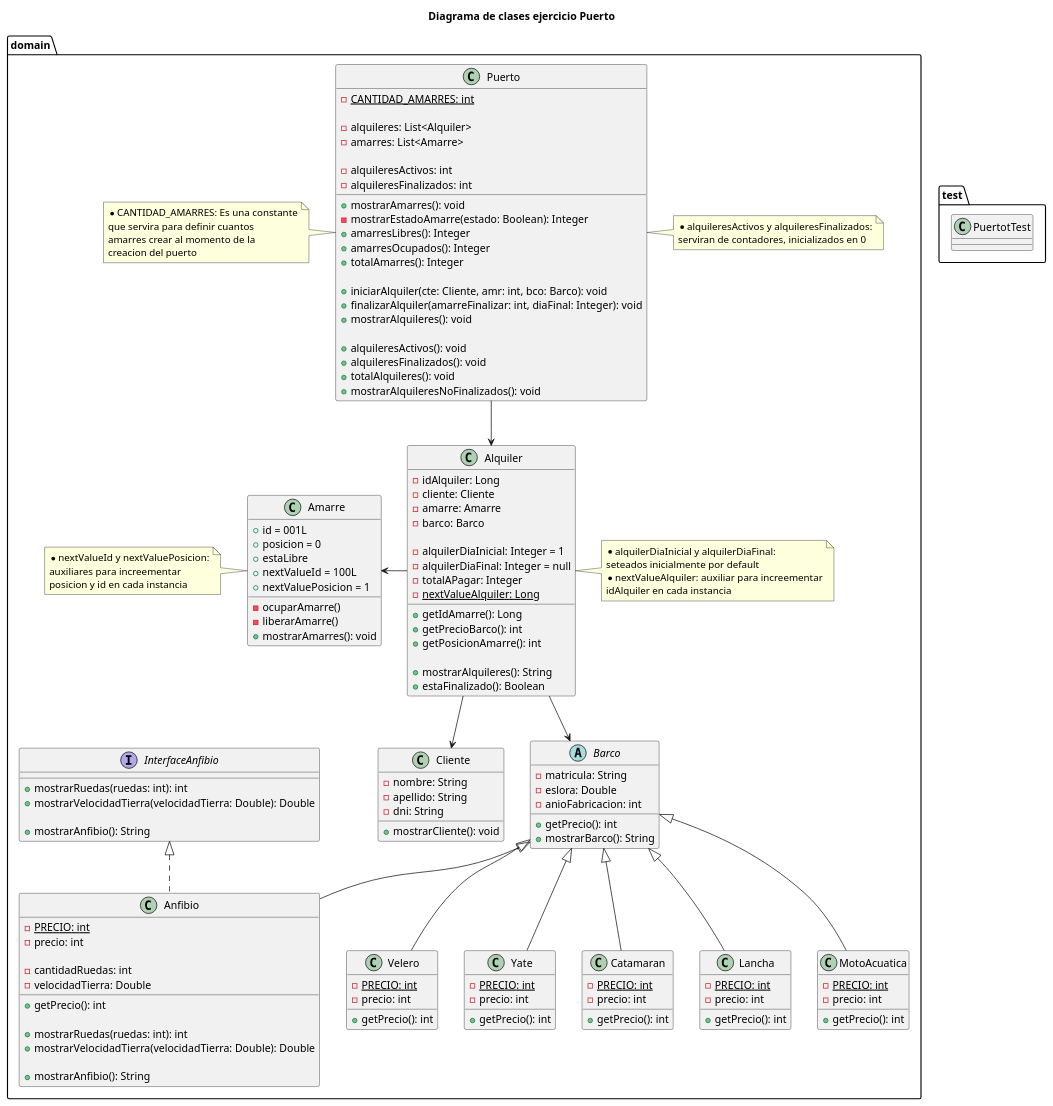
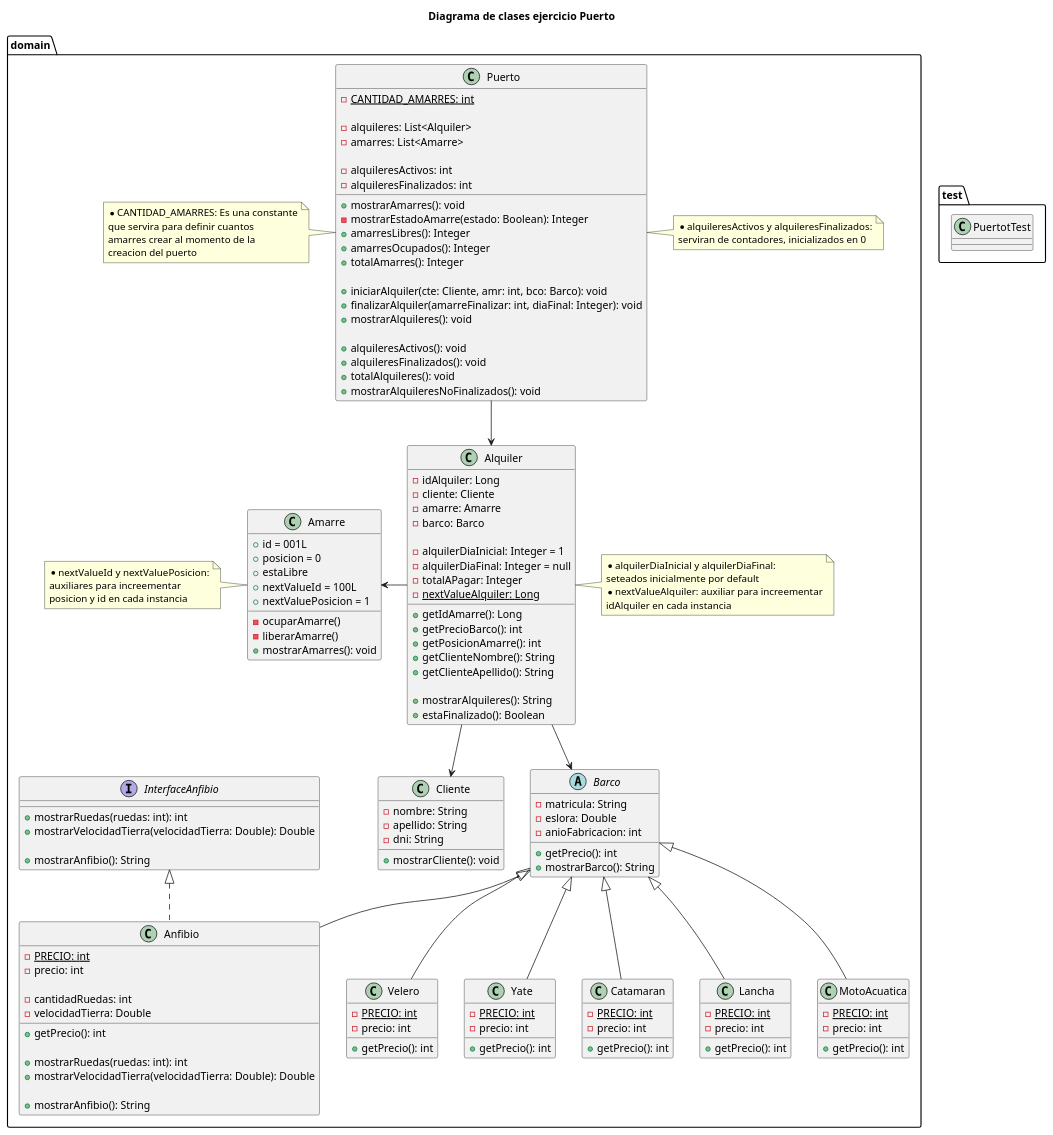
Before and after one commit to gioruanova/dvpoo20232cpuertoruanovajorge: the diagram in bin/doc/diagrama-clases.puml, drawn with PlantUML. The commit also changed 5 other files, not shown here.

```diff
--- a/bin/doc/diagrama-clases.puml
+++ b/bin/doc/diagrama-clases.puml
@@ -1,198 +1,200 @@
 @startuml
 
 title Diagrama de clases ejercicio Puerto
 
 
 package domain{
 
 	class Puerto {
 	-{static} CANTIDAD_AMARRES: int
 	
 	-alquileres: List<Alquiler>
 	-amarres: List<Amarre>
 	
 	-alquileresActivos: int
 	-alquileresFinalizados: int
 	
 	+mostrarAmarres(): void
 	-mostrarEstadoAmarre(estado: Boolean): Integer
 		+amarresLibres(): Integer
 		+amarresOcupados(): Integer
 	+totalAmarres(): Integer
 	
 	+iniciarAlquiler(cte: Cliente, amr: int, bco: Barco): void
 	+finalizarAlquiler(amarreFinalizar: int, diaFinal: Integer): void
 	+mostrarAlquileres(): void
 	
 	+alquileresActivos(): void
 	+alquileresFinalizados(): void
 	+totalAlquileres(): void
 	+mostrarAlquileresNoFinalizados(): void
 	}
 		note left of Puerto
 	*CANTIDAD_AMARRES: Es una constante 
 	que servira para definir cuantos 
 	amarres crear al momento de la 
 	creacion del puerto
 		end note
 	
 		note right of Puerto
 	*alquileresActivos y alquileresFinalizados:
 	serviran de contadores, inicializados en 0
 		end note
 	
 
 	class Alquiler {
 	-idAlquiler: Long
 	-cliente: Cliente
 	-amarre: Amarre
 	-barco: Barco
 	
 	-alquilerDiaInicial: Integer = 1
 	-alquilerDiaFinal: Integer = null
 	-totalAPagar: Integer
 	-{static} nextValueAlquiler: Long
 	
 	+getIdAmarre(): Long
 	+getPrecioBarco(): int
 	+getPosicionAmarre(): int
+	+getClienteNombre(): String
+	+getClienteApellido(): String
 	
 	+mostrarAlquileres(): String
 	+estaFinalizado(): Boolean
 	}
 	
 		note right of Alquiler
 	*alquilerDiaInicial y alquilerDiaFinal: 
 	seteados inicialmente por default
 	*nextValueAlquiler: auxiliar para increementar
 	idAlquiler en cada instancia
 		end note
 	
 
 	class Amarre {
 	+id = 001L
 	+posicion = 0
 	+estaLibre
 	+nextValueId = 100L
 	+nextValuePosicion = 1
 	
 	-ocuparAmarre()
 	-liberarAmarre()
 	+mostrarAmarres(): void
 	}
 	
 		note left of Amarre
 	*nextValueId y nextValuePosicion:
 	auxiliares para increementar
 	posicion y id en cada instancia
 		end note
 
 
 	class Cliente {
 	-nombre: String
 	-apellido: String
 	-dni: String
 	
 	+mostrarCliente(): void
 	
 	}
 	
 
 	abstract class Barco {
 	-matricula: String
 	-eslora: Double
 	-anioFabricacion: int
 	
 	+getPrecio(): int
 	+mostrarBarco(): String
 	}
 	
 	
 	class Velero{
 	-{static} PRECIO: int
 	-precio: int
 	
 	+getPrecio(): int
 	}
 	
 	
 	class Yate{
 	-{static} PRECIO: int
 	-precio: int
 	
 	+getPrecio(): int
 	}
 	
 	
 	class Catamaran{
 	-{static} PRECIO: int
 	-precio: int
 	
 	+getPrecio(): int
 	}
 	
 	
 	class Lancha{
 	-{static} PRECIO: int
 	-precio: int
 	
 	+getPrecio(): int
 	}
 	
 	
 	class MotoAcuatica{
 	-{static} PRECIO: int
 	-precio: int
 	
 	+getPrecio(): int
 	}
 	
 	
 	class Anfibio{
 	-{static} PRECIO: int
 	-precio: int
 	
 	-cantidadRuedas: int
 	-velocidadTierra: Double
 	
 	+getPrecio(): int
 	
 	+mostrarRuedas(ruedas: int): int
 	+mostrarVelocidadTierra(velocidadTierra: Double): Double
 	
 	+mostrarAnfibio(): String
 	}
 	
 	
 	interface InterfaceAnfibio{
 	+mostrarRuedas(ruedas: int): int
 	+mostrarVelocidadTierra(velocidadTierra: Double): Double
 	
 	+mostrarAnfibio(): String
 	}
 }
 
 	package test{
 	class PuertotTest
 	}
 	
 	
 	
 Puerto --> Alquiler
 Alquiler -down-> Cliente
 Alquiler -left-> Amarre
 
 Alquiler -down-> Barco
 
 Barco <|-- Velero
 Barco <|-- Yate
 Barco <|-- Catamaran
 Barco <|-- Lancha
 Barco <|-- Anfibio
 Barco <|-- MotoAcuatica
 
 InterfaceAnfibio <|.down. Anfibio
 
 
 
 @enduml
```
